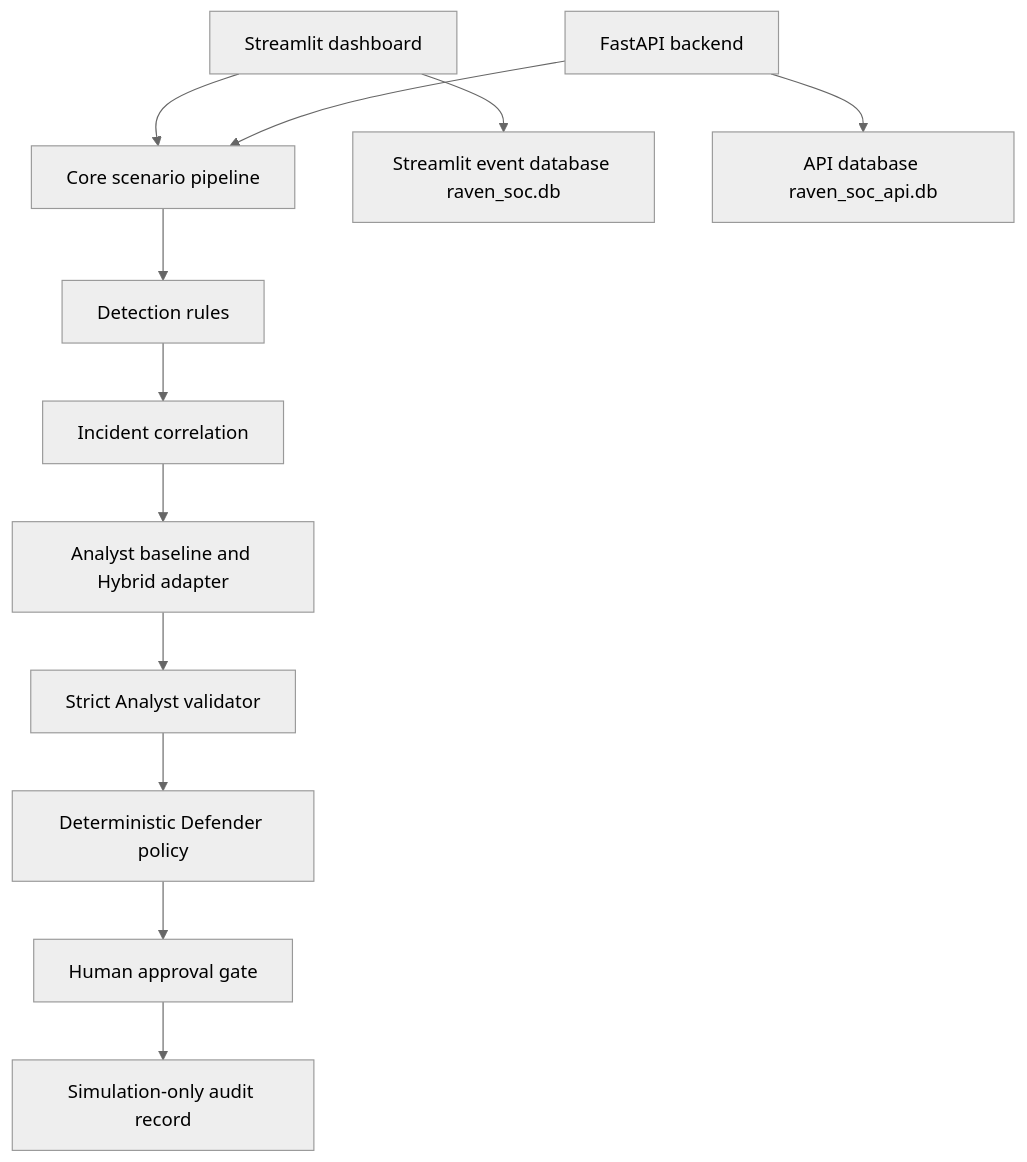
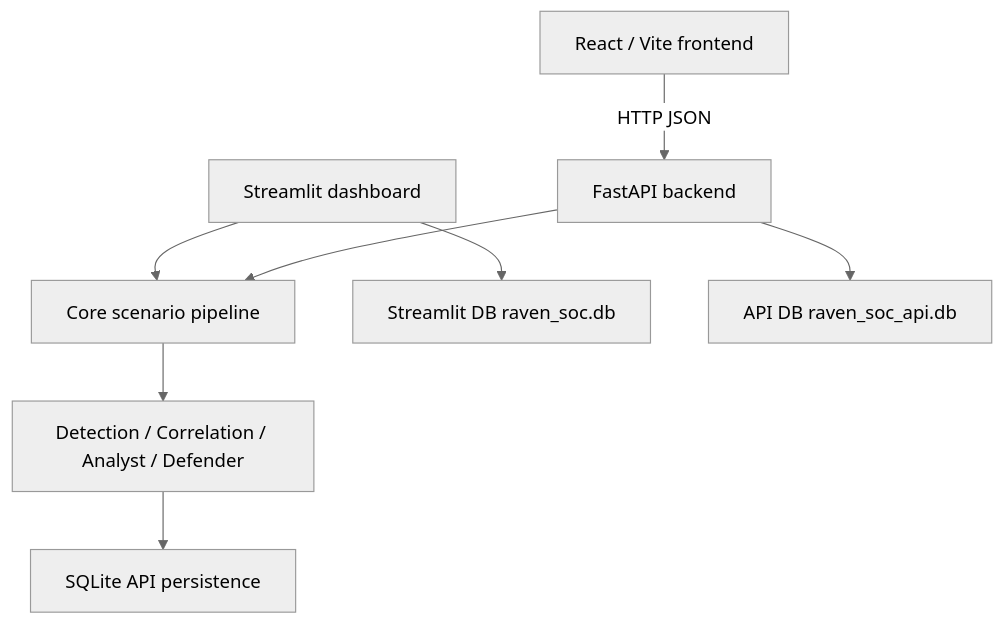
The diagram in docs/architecture.md (arjunkariveettil965/raven-soc), drawn with Mermaid (neutral theme) before and after one commit. The commit also changed other lines of this file and 36 other files, not shown here.

Commit message:
Add React frontend for RAVEN-SOC

````diff
--- a/docs/architecture.md
+++ b/docs/architecture.md
@@ -3,14 +3,10 @@
 ```mermaid
 flowchart TD
+    R[React / Vite frontend] -->|HTTP JSON| A[FastAPI backend]
     S[Streamlit dashboard] --> C[Core scenario pipeline]
-    A[FastAPI backend] --> C
-    C --> D[Detection rules]
-    D --> E[Incident correlation]
-    E --> F[Analyst baseline and Hybrid adapter]
-    F --> G[Strict Analyst validator]
-    G --> H[Deterministic Defender policy]
-    H --> I[Human approval gate]
-    I --> J[Simulation-only audit record]
-    S --> K[Streamlit event database raven_soc.db]
-    A --> L[API database raven_soc_api.db]
+    A --> C
+    C --> D[Detection / Correlation / Analyst / Defender]
+    D --> E[SQLite API persistence]
+    S --> F[Streamlit DB raven_soc.db]
+    A --> G[API DB raven_soc_api.db]
 ```
````
